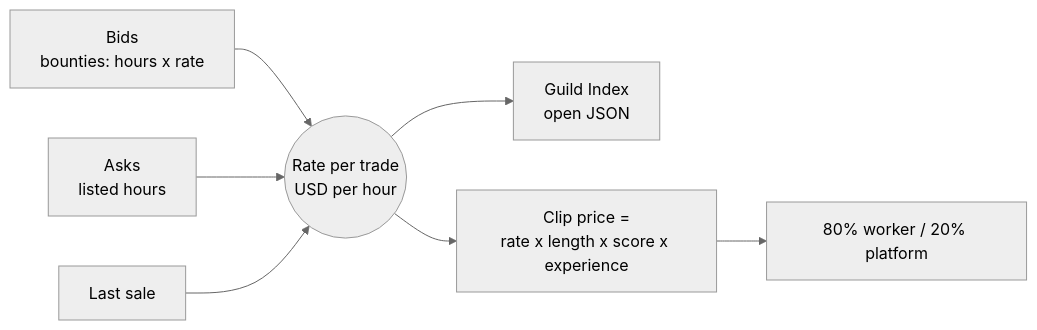
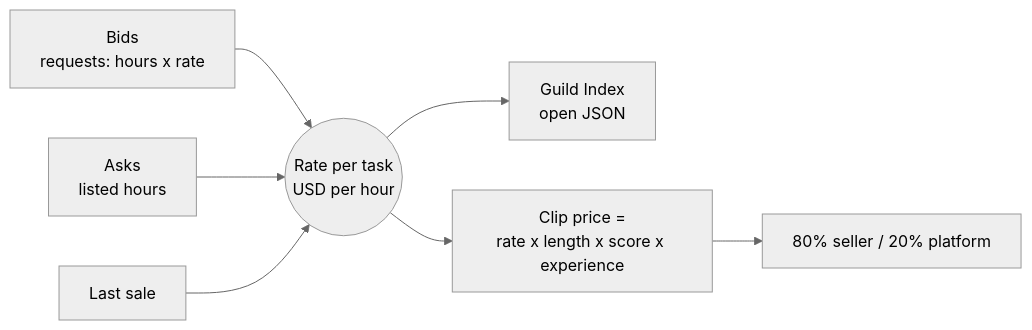
Before and after one commit to KarinaKKarinaK/hk-ai-summit-hackathon: the third of 3 diagrams in README.md, drawn with Mermaid (neutral theme). The commit also changed other lines of this file, not shown here.

Commit message:
README matches the current app: four tabs, two labelling systems, Kimi task check

````diff
--- a/README.md
+++ b/README.md
@@ -77,9 +88,9 @@
 ```mermaid
 flowchart LR
-    Bids[Bids<br/>bounties: hours x rate] --> Rate((Rate per trade<br/>USD per hour))
+    Bids[Bids<br/>requests: hours x rate] --> Rate((Rate per task<br/>USD per hour))
     Asks[Asks<br/>listed hours] --> Rate
     Last[Last sale] --> Rate
     Rate --> Index[Guild Index<br/>open JSON]
     Rate --> Price[Clip price =<br/>rate x length x score x experience]
-    Price --> Split[80% worker / 20% platform]
+    Price --> Split[80% seller / 20% platform]
 ```
````
